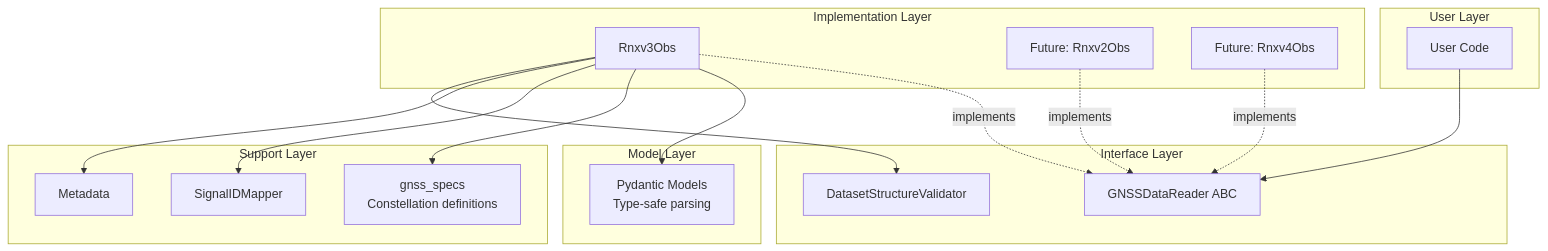
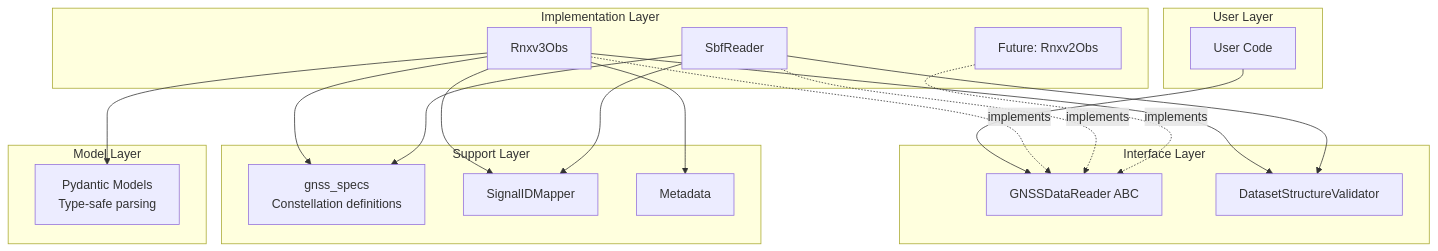
The first of 2 diagrams in docs/packages/readers/architecture.md (konstantinschellenberg/canvodpy), drawn with Mermaid before and after one commit. The commit also changed other lines of this file and 4 other files, not shown here.

First line of the commit message:
docs: update architecture and tooling docs for SBF reader and batch processing

````diff
--- a/docs/packages/readers/architecture.md
+++ b/docs/packages/readers/architecture.md
@@ -102,39 +102,43 @@
 ```mermaid
 graph TB
     subgraph "User Layer"
         A[User Code]
     end
 
     subgraph "Interface Layer"
         B[GNSSDataReader ABC]
         C[DatasetStructureValidator]
     end
 
     subgraph "Implementation Layer"
         D[Rnxv3Obs]
+        D2[SbfReader]
         E[Future: Rnxv2Obs]
-        F[Future: Rnxv4Obs]
     end
 
     subgraph "Support Layer"
         G[gnss_specs<br/>Constellation definitions]
         H[SignalIDMapper]
         I[Metadata]
     end
 
     subgraph "Model Layer"
         J[Pydantic Models<br/>Type-safe parsing]
     end
 
     A --> B
     D -.implements.-> B
+    D2 -.implements.-> B
     E -.implements.-> B
-    F -.implements.-> B
 
     D --> J
     D --> G
     D --> H
     D --> I
     D --> C
 
+    D2 --> G
+    D2 --> H
+    D2 --> C
+
 ```
````
